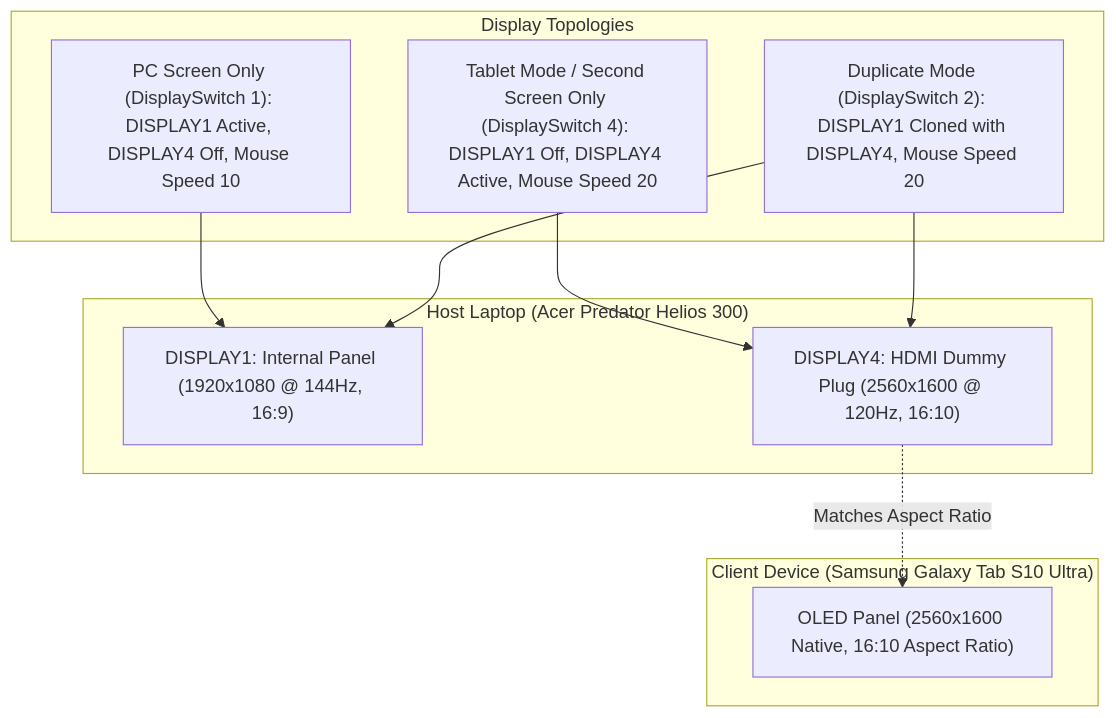
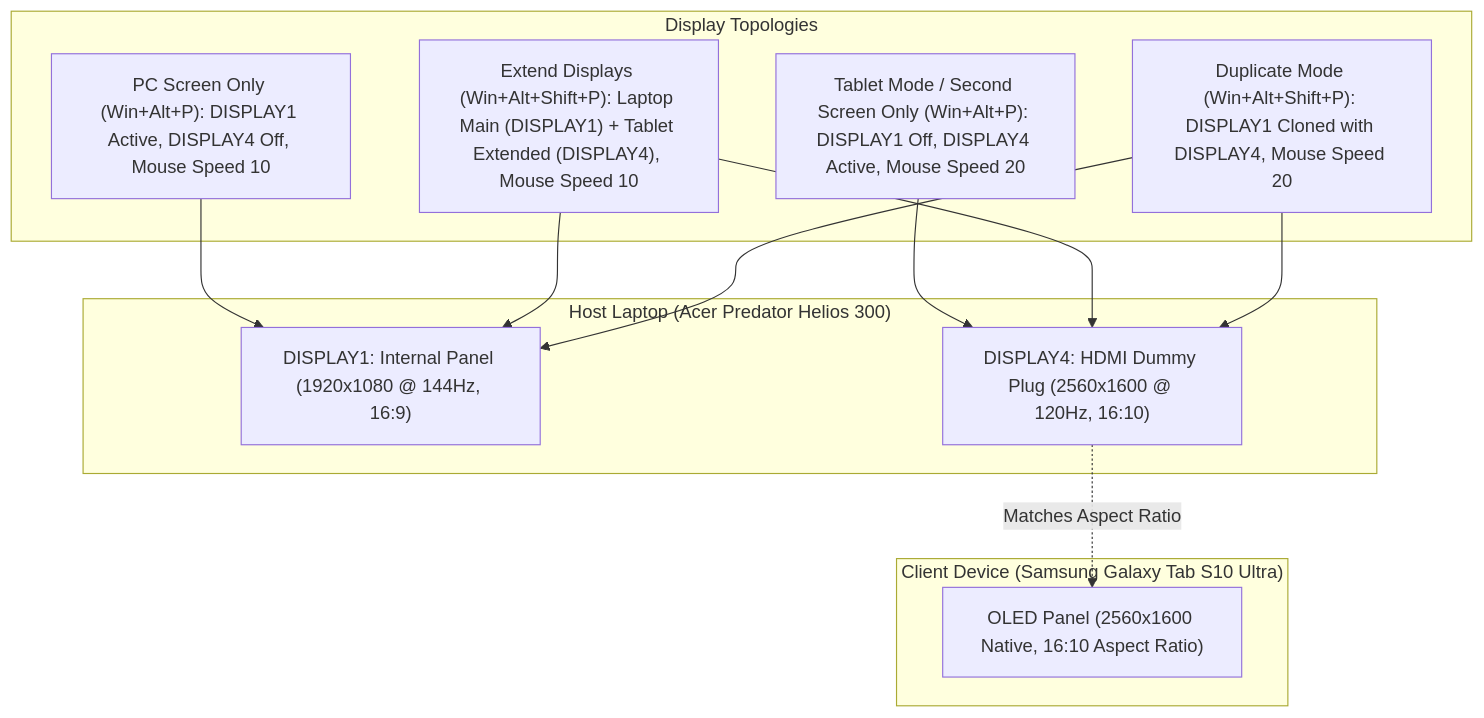
One commit to Arora-Sir/AutoHotKey-Windows-Scripts changed the first of 2 diagrams in ARCHITECTURE.md. Above: the diagram before and after it, drawn with Mermaid. The commit also changed other lines of this file and 15 other files, not shown here.

````diff
--- a/ARCHITECTURE.md
+++ b/ARCHITECTURE.md
@@ -297,23 +297,26 @@
 ```mermaid
 flowchart TD
     subgraph Host ["Host Laptop (Acer Predator Helios 300)"]
         Internal["DISPLAY1: Internal Panel (1920x1080 @ 144Hz, 16:9)"]
         DummyPlug["DISPLAY4: HDMI Dummy Plug (2560x1600 @ 120Hz, 16:10)"]
     end
 
     subgraph Client ["Client Device (Samsung Galaxy Tab S10 Ultra)"]
         TabletScreen["OLED Panel (2560x1600 Native, 16:10 Aspect Ratio)"]
     end
 
     subgraph Modes ["Display Topologies"]
-        PC_Only["PC Screen Only (DisplaySwitch 1): DISPLAY1 Active, DISPLAY4 Off, Mouse Speed 10"]
-        Tab_Only["Tablet Mode / Second Screen Only (DisplaySwitch 4): DISPLAY1 Off, DISPLAY4 Active, Mouse Speed 20"]
-        Duplicate["Duplicate Mode (DisplaySwitch 2): DISPLAY1 Cloned with DISPLAY4, Mouse Speed 20"]
+        PC_Only["PC Screen Only (Win+Alt+P): DISPLAY1 Active, DISPLAY4 Off, Mouse Speed 10"]
+        Tab_Only["Tablet Mode / Second Screen Only (Win+Alt+P): DISPLAY1 Off, DISPLAY4 Active, Mouse Speed 20"]
+        Extend["Extend Displays (Win+Alt+Shift+P): Laptop Main (DISPLAY1) + Tablet Extended (DISPLAY4), Mouse Speed 10"]
+        Duplicate["Duplicate Mode (Win+Alt+Shift+P): DISPLAY1 Cloned with DISPLAY4, Mouse Speed 20"]
     end
 
     DummyPlug -. Matches Aspect Ratio .-> TabletScreen
     PC_Only --> Internal
     Tab_Only --> DummyPlug
+    Extend --> Internal
+    Extend --> DummyPlug
     Duplicate --> Internal
     Duplicate --> DummyPlug
 ```
````
